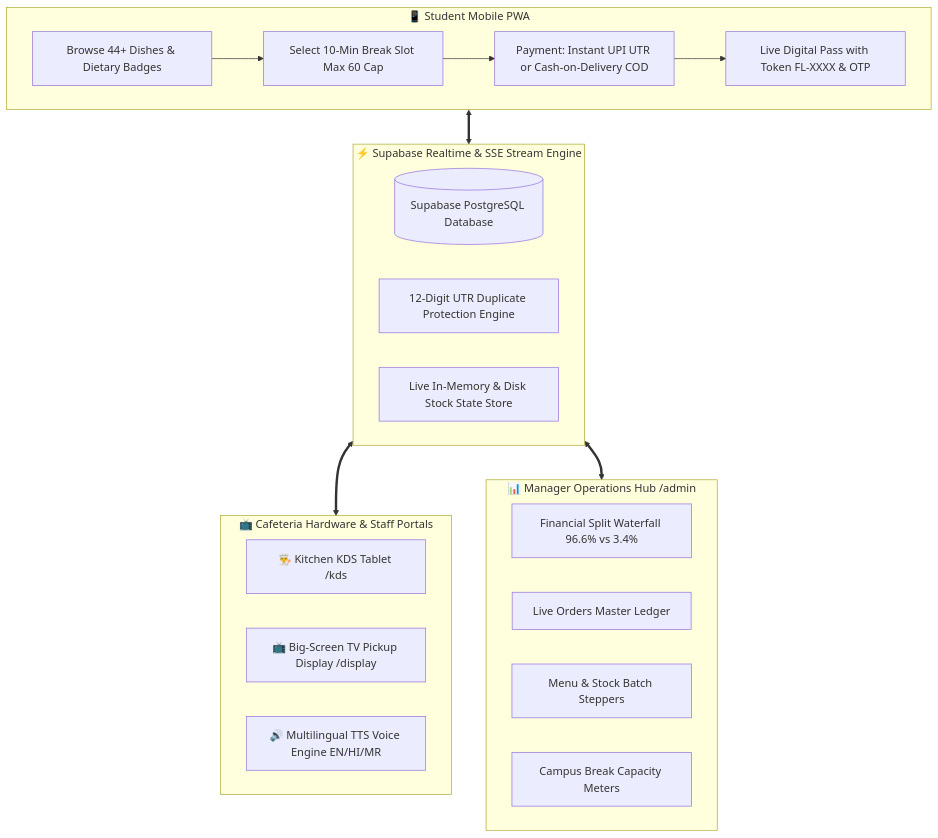
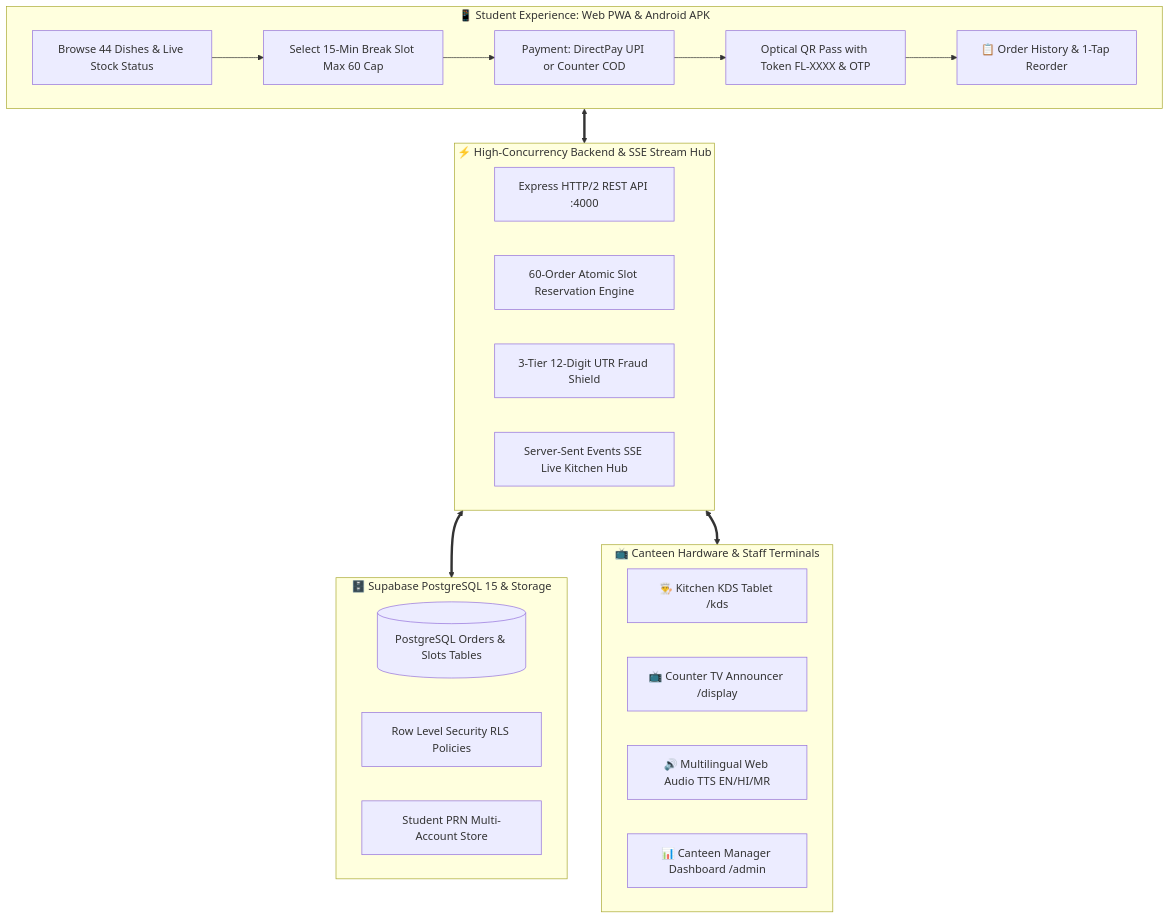
Before and after one commit to dakrkakashi/FoodLine-Campus: the diagram in README.md, drawn with Mermaid. The commit also changed other lines of this file, not shown here.

Commit message:
docs: update GitHub README with architecture diagrams, quickstart guide, API contracts & live demo links

````diff
--- a/README.md
+++ b/README.md
@@ -34,31 +44,33 @@
 ```mermaid
 graph TD
-    subgraph StudentApp [📱 Student Mobile PWA]
-        S1[Browse 44+ Dishes & Dietary Badges] --> S2[Select 10-Min Break Slot Max 60 Cap]
-        S2 --> S3[Payment: Instant UPI UTR or Cash-on-Delivery COD]
-        S3 --> S4[Live Digital Pass with Token FL-XXXX & OTP]
+    subgraph StudentLayer [📱 Student Experience: Web PWA & Android APK]
+        S1[Browse 44 Dishes & Live Stock Status] --> S2[Select 15-Min Break Slot Max 60 Cap]
+        S2 --> S3[Payment: DirectPay UPI or Counter COD]
+        S3 --> S4[Optical QR Pass with Token FL-XXXX & OTP]
+        S4 --> S5[📋 Order History & 1-Tap Reorder]
     end
 
-    subgraph RealtimeBridge [⚡ Supabase Realtime & SSE Stream Engine]
-        R1[(Supabase PostgreSQL Database)]
-        R2[12-Digit UTR Duplicate Protection Engine]
-        R3[Live In-Memory & Disk Stock State Store]
+    subgraph BackendEngine [⚡ High-Concurrency Backend & SSE Stream Hub]
+        B1[Express HTTP/2 REST API :4000]
+        B2[60-Order Atomic Slot Reservation Engine]
+        B3[3-Tier 12-Digit UTR Fraud Shield]
+        B4[Server-Sent Events SSE Live Kitchen Hub]
     end
 
-    subgraph KitchenAndDisplay [📺 Cafeteria Hardware & Staff Portals]
-        K1[👨‍🍳 Kitchen KDS Tablet /kds]
-        K2[📺 Big-Screen TV Pickup Display /display]
-        K3[🔊 Multilingual TTS Voice Engine EN/HI/MR]
+    subgraph DatabaseLayer [🗄️ Supabase PostgreSQL 15 & Storage]
+        DB1[(PostgreSQL Orders & Slots Tables)]
+        DB2[Row Level Security RLS Policies]
+        DB3[Student PRN Multi-Account Store]
     end
 
-    subgraph ExecutiveHub [📊 Manager Operations Hub /admin]
-        M1[Financial Split Waterfall 96.6% vs 3.4%]
-        M2[Live Orders Master Ledger]
-        M3[Menu & Stock Batch Steppers]
-        M4[Campus Break Capacity Meters]
+    subgraph HardwareAndStaff [📺 Canteen Hardware & Staff Terminals]
+        K1[👨‍🍳 Kitchen KDS Tablet /kds]
+        K2[📺 Counter TV Announcer /display]
+        K3[🔊 Multilingual Web Audio TTS EN/HI/MR]
+        K4[📊 Canteen Manager Dashboard /admin]
     end
 
-    StudentApp <==> RealtimeBridge
-    RealtimeBridge <==> KitchenAndDisplay
-    RealtimeBridge <==> ExecutiveHub
+    StudentLayer <==> BackendEngine
+    BackendEngine <==> DatabaseLayer
+    BackendEngine <==> HardwareAndStaff
 ```
````
